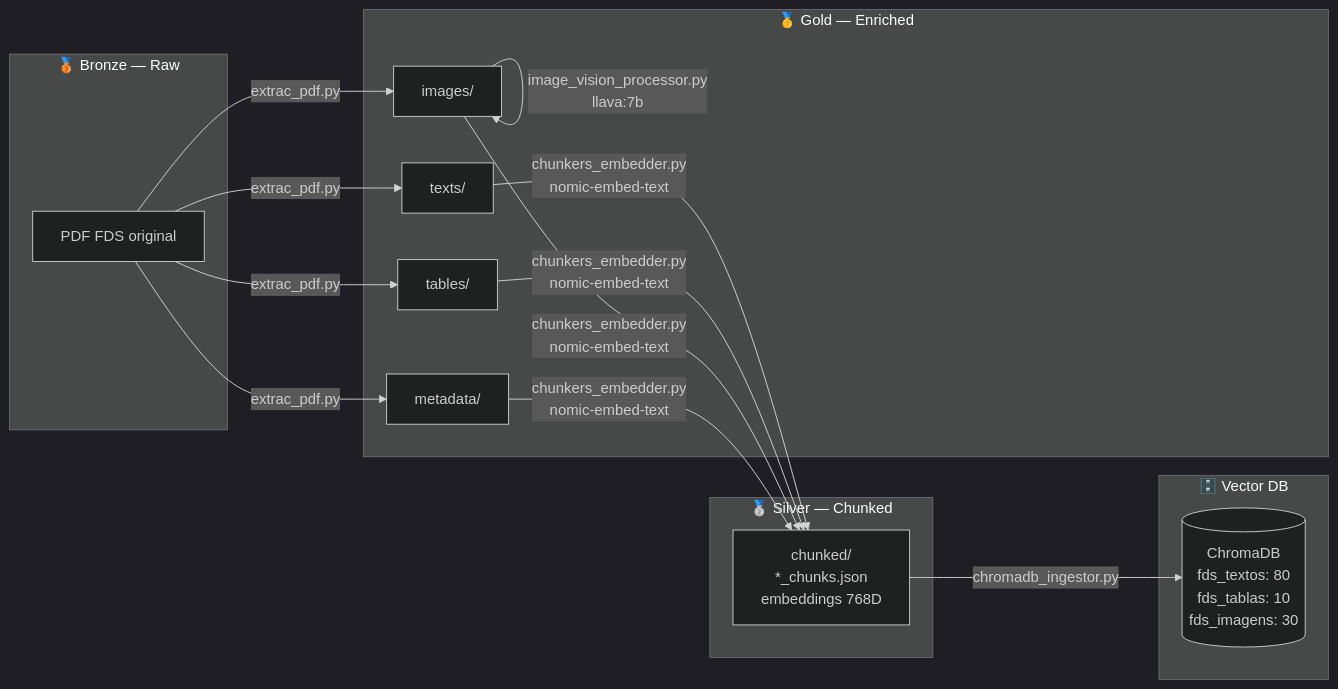
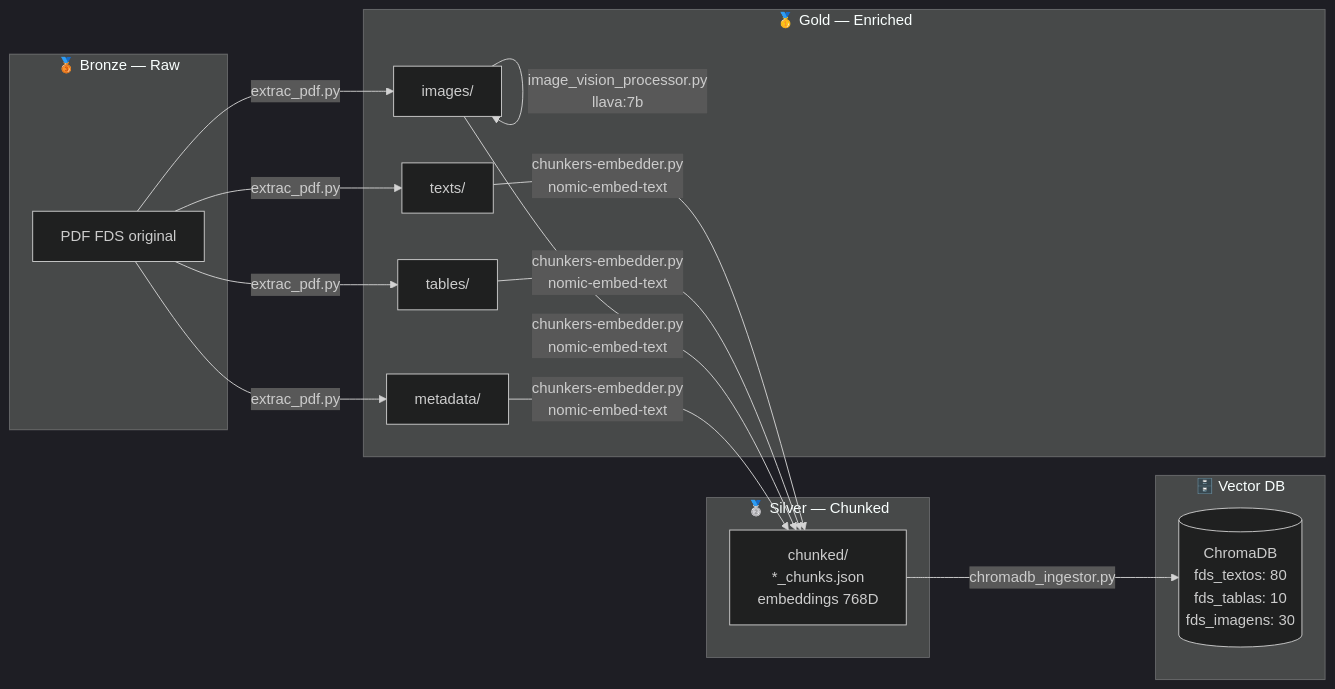
The second of 4 diagrams in README.md (so-fivs/RAG), drawn with Mermaid (dark theme) before and after one commit. The commit also changed other lines of this file and 8 other files, not shown here.

First line of the commit message:
Add Terraform infra for AWS lab deploy, fix chunkers-embedder filename in README

````diff
--- a/README.md
+++ b/README.md
@@ -44,26 +44,26 @@
 ```mermaid
 flowchart LR
     subgraph BRONZE["🥉 Bronze — Raw"]
         A[PDF FDS original]
     end
 
     subgraph GOLD["🥇 Gold — Enriched"]
         B[texts/]
         C[tables/]
         D[images/]
         E[metadata/]
     end
 
     subgraph SILVER["🥈 Silver — Chunked"]
         F[chunked/\n*_chunks.json\nembeddings 768D]
     end
 
     subgraph VECTOR["🗄️ Vector DB"]
         G[(ChromaDB\nfds_textos: 80\nfds_tablas: 10\nfds_imagens: 30)]
     end
 
     A -->|extrac_pdf.py| B & C & D & E
     D -->|image_vision_processor.py\nllava:7b| D
-    B & C & D & E -->|chunkers_embedder.py\nnomic-embed-text| F
+    B & C & D & E -->|chunkers-embedder.py\nnomic-embed-text| F
     F -->|chromadb_ingestor.py| G
 ```
````
